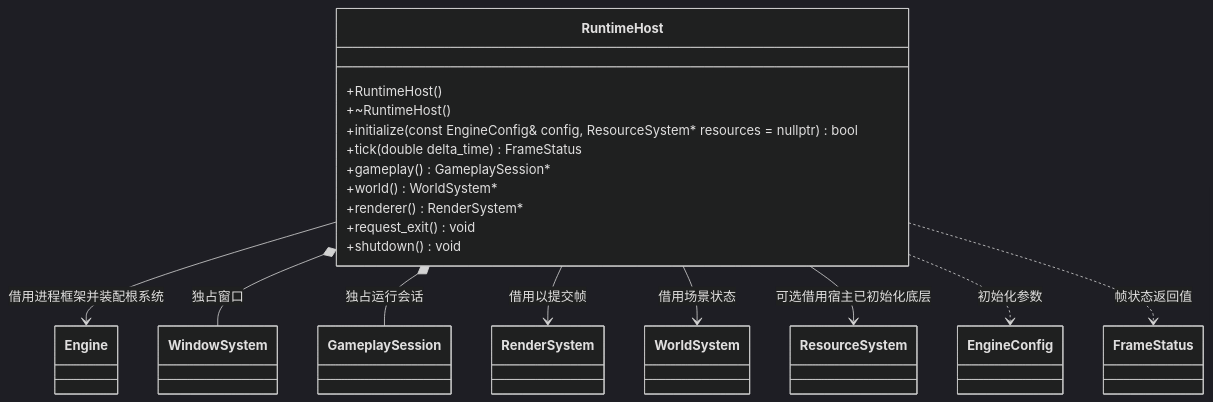
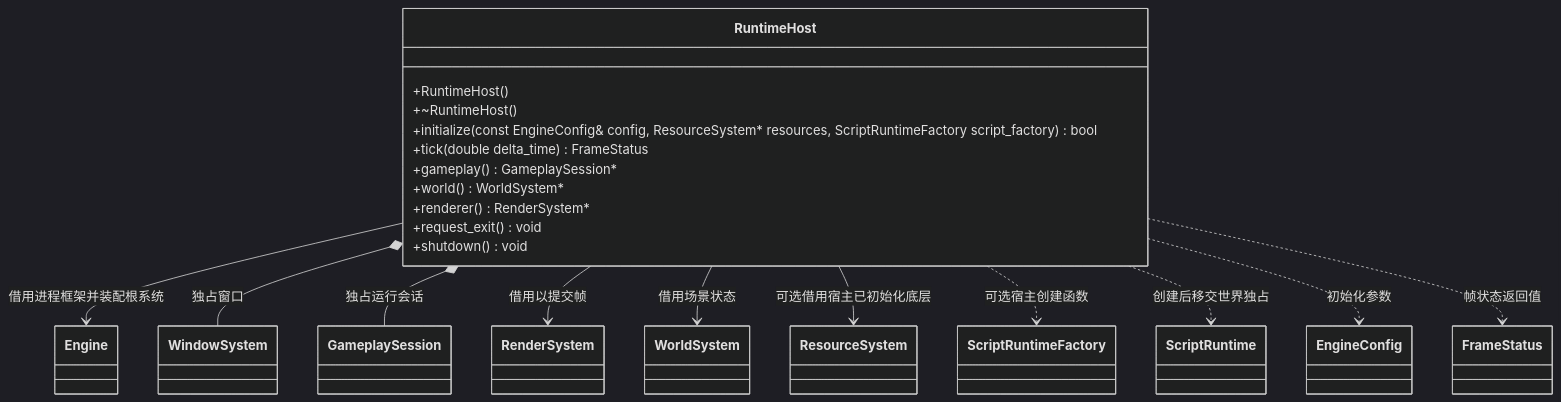
Before and after one commit to lcals/Engine: the diagram in docs/runtime/class-diagrams/runtime-host.md, drawn with Mermaid (dark theme). The commit also changed other lines of this file and 188 other files, not shown here.

````diff
--- a/docs/runtime/class-diagrams/runtime-host.md
+++ b/docs/runtime/class-diagrams/runtime-host.md
@@ -5,31 +5,35 @@
 ```mermaid
 classDiagram
     direction TB
     class RuntimeHost {
         +RuntimeHost()
         +~RuntimeHost()
-        +initialize(const EngineConfig& config, ResourceSystem#42; resources = nullptr) bool
+        +initialize(const EngineConfig& config, ResourceSystem#42; resources, ScriptRuntimeFactory script_factory) bool
         +tick(double delta_time) FrameStatus
         +gameplay() GameplaySession#42;
         +world() WorldSystem#42;
         +renderer() RenderSystem#42;
         +request_exit() void
         +shutdown() void
     }
     class Engine
     class WindowSystem
     class GameplaySession
     class RenderSystem
     class WorldSystem
     class ResourceSystem
+    class ScriptRuntime
+    class ScriptRuntimeFactory
     class EngineConfig
     class FrameStatus
     RuntimeHost --> Engine : 借用进程框架并装配根系统
     RuntimeHost *-- WindowSystem : 独占窗口
     RuntimeHost *-- GameplaySession : 独占运行会话
     RuntimeHost --> RenderSystem : 借用以提交帧
     RuntimeHost --> WorldSystem : 借用场景状态
     RuntimeHost --> ResourceSystem : 可选借用宿主已初始化底层
+    RuntimeHost ..> ScriptRuntimeFactory : 可选宿主创建函数
+    RuntimeHost ..> ScriptRuntime : 创建后移交世界独占
     RuntimeHost ..> EngineConfig : 初始化参数
     RuntimeHost ..> FrameStatus : 帧状态返回值
 ```
````
